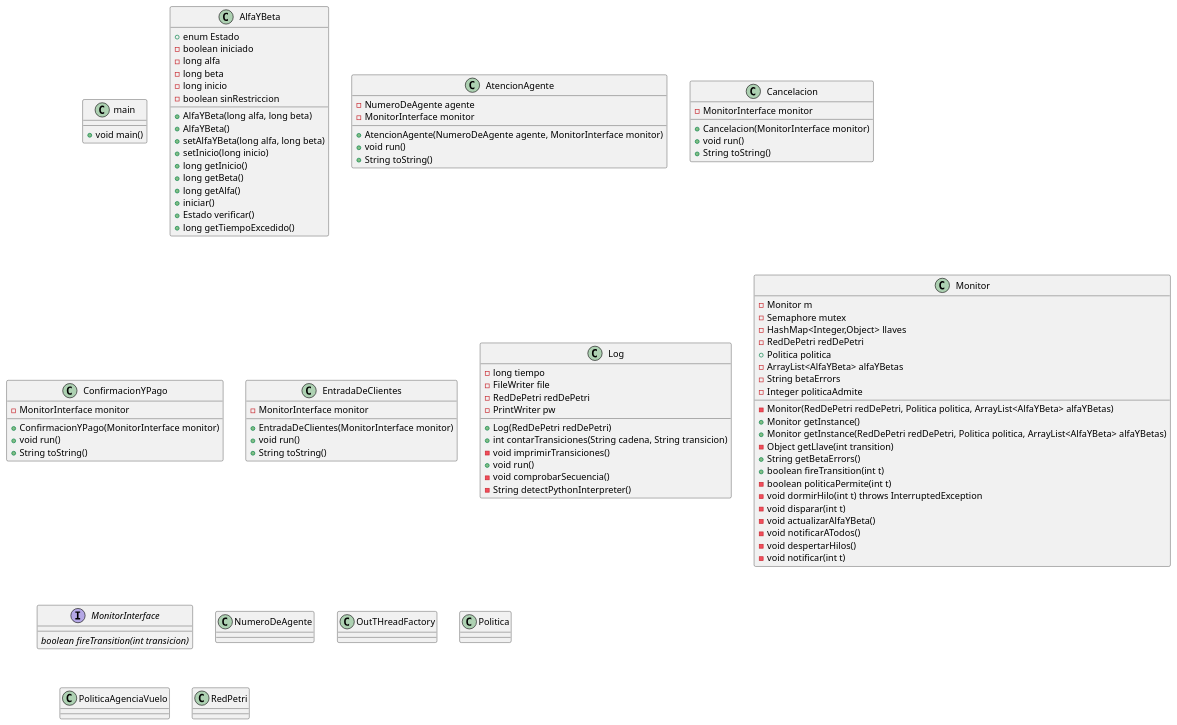
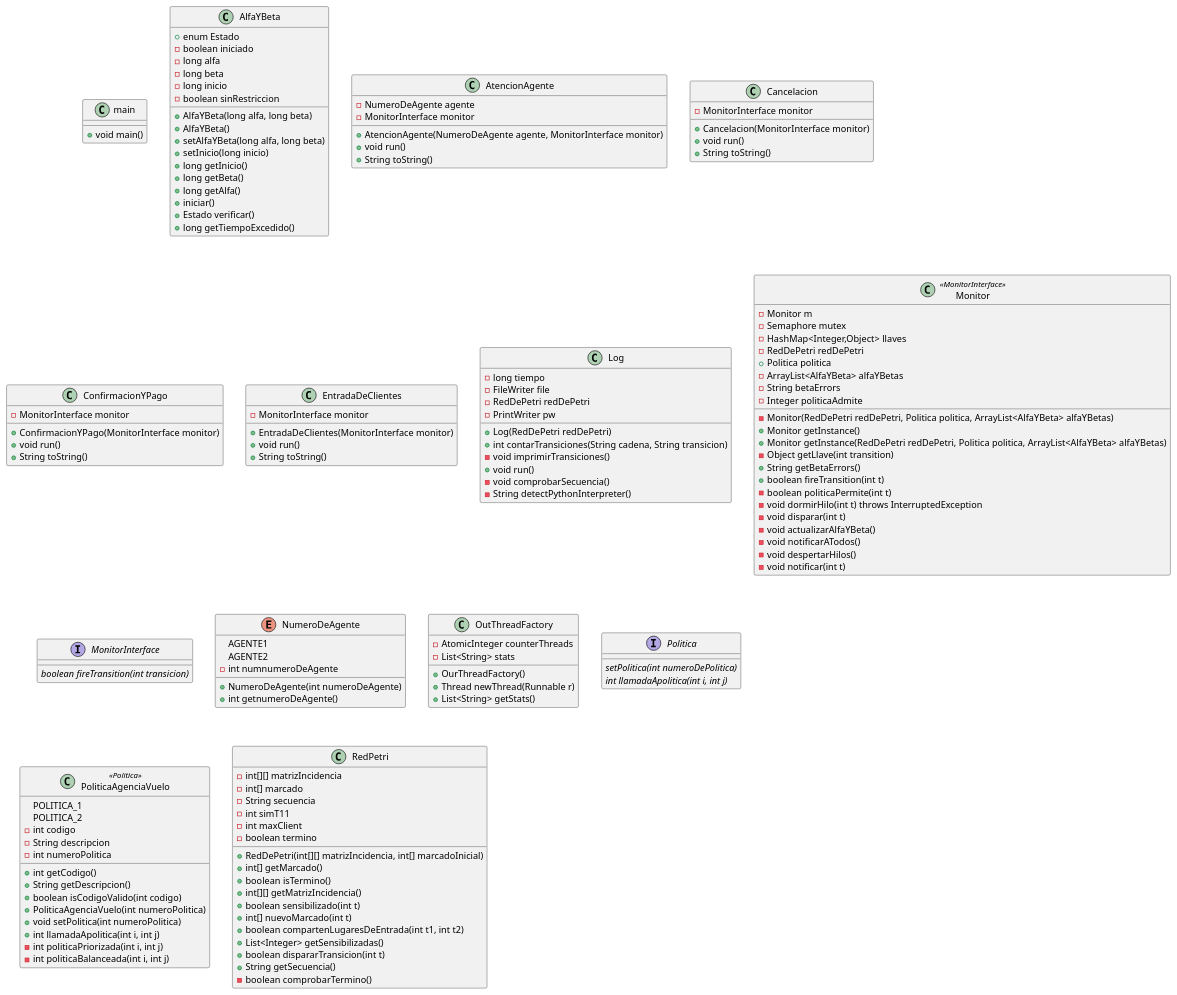
Before and after one commit to JosiasTomasnanez/flightAgencyAttendanceMonitor: the diagram in doc/diagrama_class.puml, drawn with PlantUML. The commit also changed 14 other files, not shown here.

Commit message:
Definicion de clases en el diagrama y aplicacion de estilo en el codigo fuente

```diff
--- a/doc/diagrama_class.puml
+++ b/doc/diagrama_class.puml
@@ -1,106 +1,153 @@
 @startuml clases
 
 class main{
     + void main()
 }
 
 class AlfaYBeta{
     + enum Estado
     - boolean iniciado
     - long alfa
     - long beta
     - long inicio
     - boolean sinRestriccion
     + AlfaYBeta(long alfa, long beta)
     + AlfaYBeta()
     + setAlfaYBeta(long alfa, long beta)
     + setInicio(long inicio)
     + long getInicio()
     + long getBeta()
     + long getAlfa()
     + iniciar()
     + Estado verificar()
     + long getTiempoExcedido()
 }
 
 class AtencionAgente{
     - NumeroDeAgente agente
     - MonitorInterface monitor
     + AtencionAgente(NumeroDeAgente agente, MonitorInterface monitor)
     + void run()
     + String toString()
 }
 
 class Cancelacion{
     - MonitorInterface monitor
     + Cancelacion(MonitorInterface monitor)
     + void run()
     + String toString()
 }
 
 class ConfirmacionYPago{
     - MonitorInterface monitor
     + ConfirmacionYPago(MonitorInterface monitor)
     + void run()
     + String toString()
 }
 
 class EntradaDeClientes{
     - MonitorInterface monitor
     + EntradaDeClientes(MonitorInterface monitor)
     + void run()
     + String toString()
 }
 
 class Log{
     - long tiempo
     - FileWriter file
     - RedDePetri redDePetri
     - PrintWriter pw
     + Log(RedDePetri redDePetri)
     + int contarTransiciones(String cadena, String transicion)
     - void imprimirTransiciones()
     + void run()
     - void comprobarSecuencia()
     - String detectPythonInterpreter()
 }
 
-class Monitor{
+class Monitor <<MonitorInterface>>{
     - Monitor m
     - Semaphore mutex
     - HashMap<Integer,Object> llaves
     - RedDePetri redDePetri
     + Politica politica
     - ArrayList<AlfaYBeta> alfaYBetas
     - String betaErrors
     - Integer politicaAdmite
     - Monitor(RedDePetri redDePetri, Politica politica, ArrayList<AlfaYBeta> alfaYBetas)
     + Monitor getInstance()
     + Monitor getInstance(RedDePetri redDePetri, Politica politica, ArrayList<AlfaYBeta> alfaYBetas)
     - Object getLlave(int transition)
     + String getBetaErrors()
     + boolean fireTransition(int t)
     - boolean politicaPermite(int t)
     - void dormirHilo(int t) throws InterruptedException
     - void disparar(int t)
     - void actualizarAlfaYBeta()
     - void notificarATodos()
     - void despertarHilos()
     - void notificar(int t)
 }
 
 interface MonitorInterface{
     {abstract} boolean fireTransition(int transicion)
 }
 
-class NumeroDeAgente{}
+Enum NumeroDeAgente{
+    AGENTE1
+    AGENTE2
+    - int numnumeroDeAgente
+    + NumeroDeAgente(int numeroDeAgente)
+    + int getnumeroDeAgente()
+}
 
-class OutTHreadFactory{}
+class OutThreadFactory{
+    - AtomicInteger counterThreads
+    - List<String> stats
+    + OurThreadFactory()
+    + Thread newThread(Runnable r)
+    + List<String> getStats()
+}
 
-class Politica{}
+interface Politica{
+    {abstract} setPolitica(int numeroDePolitica)
+    {abstract} int llamadaApolitica(int i, int j)
+}
 
-class PoliticaAgenciaVuelo{}
+class PoliticaAgenciaVuelo <<Politica>>{
+    POLITICA_1
+    POLITICA_2
+    - int codigo
+    - String descripcion
+    -  int numeroPolitica
+    + int getCodigo()
+    + String getDescripcion()
+    + boolean isCodigoValido(int codigo)
+    + PoliticaAgenciaVuelo(int numeroPolitica)
+    + void setPolitica(int numeroPolitica)
+    + int llamadaApolitica(int i, int j)
+    - int politicaPriorizada(int i, int j)
+    - int politicaBalanceada(int i, int j)
+}
 
-class RedPetri{}
+class RedPetri{
+    - int[][] matrizIncidencia
+    - int[] marcado
+    - String secuencia
+    - int simT11
+    - int maxClient
+    - boolean termino
+    + RedDePetri(int[][] matrizIncidencia, int[] marcadoInicial)
+    + int[] getMarcado()
+    + boolean isTermino()
+    + int[][] getMatrizIncidencia()
+    + boolean sensibilizado(int t)
+    + int[] nuevoMarcado(int t)
+    + boolean compartenLugaresDeEntrada(int t1, int t2)
+    + List<Integer> getSensibilizadas()
+    + boolean dispararTransicion(int t)
+    + String getSecuencia()
+    - boolean comprobarTermino()
+}
 
 @enduml
```
